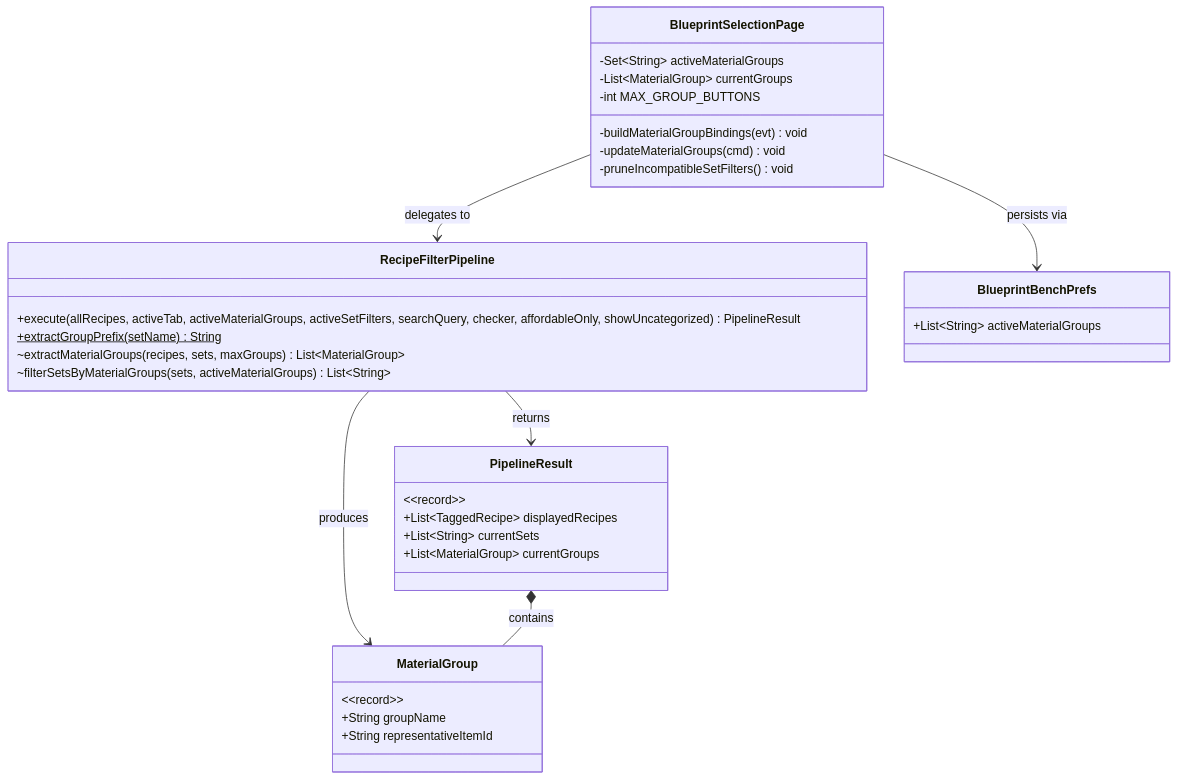
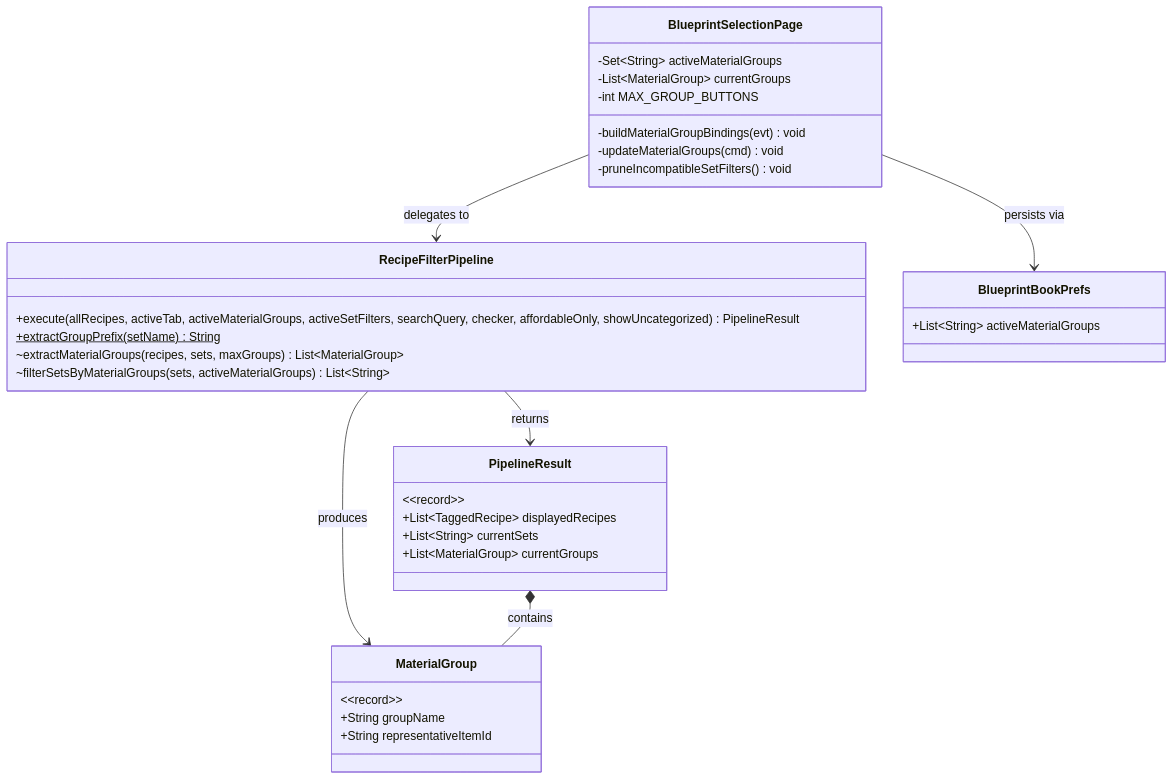
The first of 3 diagrams in docs/Plans/design-material-group-pre-filter.md (TheCodeCreature/Hytale-Example-Plugin), drawn with Mermaid before and after one commit. The commit also changed other lines of this file and 120 other files, not shown here.

First line of the commit message:
Refactor Blueprint Bench to Blueprint Book

````diff
--- a/docs/Plans/design-material-group-pre-filter.md
+++ b/docs/Plans/design-material-group-pre-filter.md
@@ -19,41 +19,41 @@
 ```mermaid
 classDiagram
     class RecipeFilterPipeline {
         +execute(allRecipes, activeTab, activeMaterialGroups, activeSetFilters, searchQuery, checker, affordableOnly, showUncategorized) PipelineResult
         +extractGroupPrefix(setName)$ String
         ~extractMaterialGroups(recipes, sets, maxGroups) List~MaterialGroup~
         ~filterSetsByMaterialGroups(sets, activeMaterialGroups) List~String~
     }
 
     class MaterialGroup {
         &lt;&lt;record&gt;&gt;
         +String groupName
         +String representativeItemId
     }
 
     class PipelineResult {
         &lt;&lt;record&gt;&gt;
         +List~TaggedRecipe~ displayedRecipes
         +List~String~ currentSets
         +List~MaterialGroup~ currentGroups
     }
 
     class BlueprintSelectionPage {
         -Set~String~ activeMaterialGroups
         -List~MaterialGroup~ currentGroups
         -int MAX_GROUP_BUTTONS
         -buildMaterialGroupBindings(evt) void
         -updateMaterialGroups(cmd) void
         -pruneIncompatibleSetFilters() void
     }
 
-    class BlueprintBenchPrefs {
+    class BlueprintBookPrefs {
         +List~String~ activeMaterialGroups
     }
 
     RecipeFilterPipeline --> MaterialGroup : produces
     RecipeFilterPipeline --> PipelineResult : returns
     PipelineResult *-- MaterialGroup : contains
     BlueprintSelectionPage --> RecipeFilterPipeline : delegates to
-    BlueprintSelectionPage --> BlueprintBenchPrefs : persists via
+    BlueprintSelectionPage --> BlueprintBookPrefs : persists via
 ```
````
